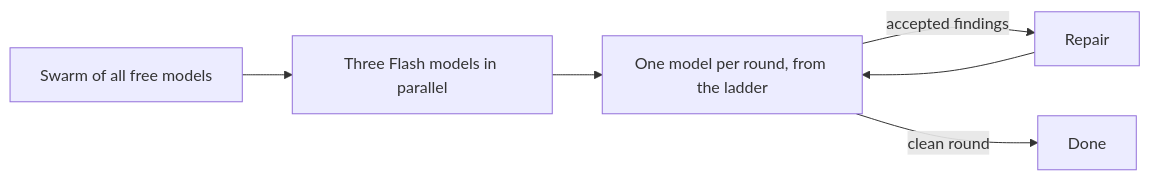
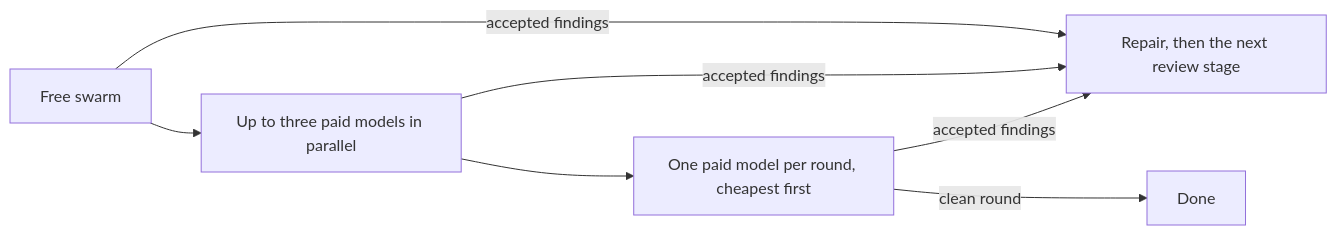
One commit to bicycle-brakes/monotrope changed the first of 3 diagrams in docs/how-it-works.md. Above: the diagram before and after it, drawn with Mermaid. The commit also changed other lines of this file, not shown here.

First line of the commit message:
docs(how-it-works): make the reference readable from the first screen

````diff
--- a/docs/how-it-works.md
+++ b/docs/how-it-works.md
@@ -87,7 +112,7 @@
 ```mermaid
 flowchart LR
-    A[Swarm of all free models] --> B[Three Flash models in parallel]
-    B --> C[One model per round, from the ladder]
-    C -->|accepted findings| RP[Repair] --> C
+    A[Free swarm] --> B[Up to three paid models in parallel]
+    B --> C[One paid model per round, cheapest first]
+    A & B & C -->|accepted findings| RP[Repair, then the next review stage]
     C -->|clean round| DN[Done]
 ```
````
